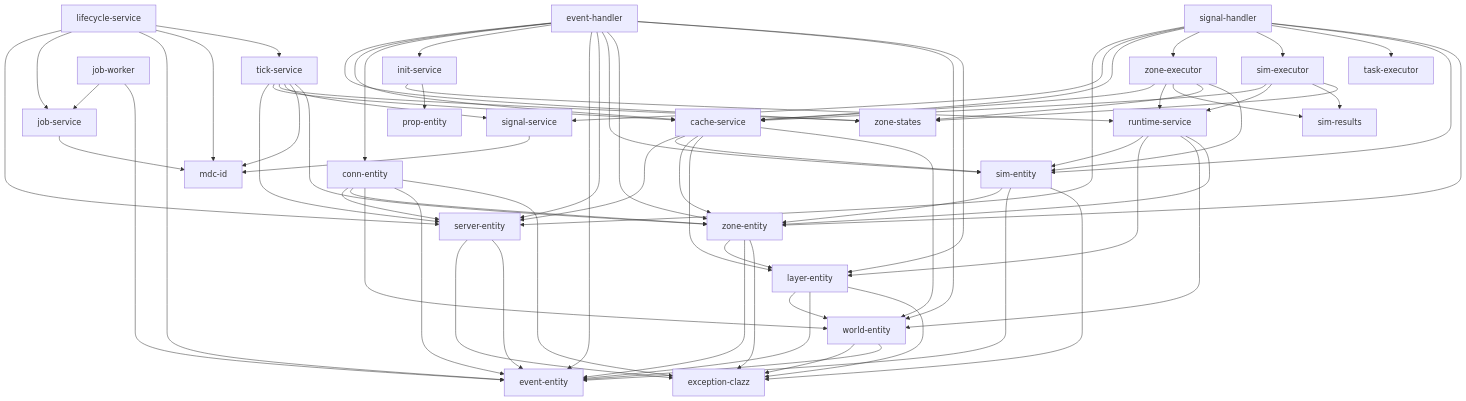
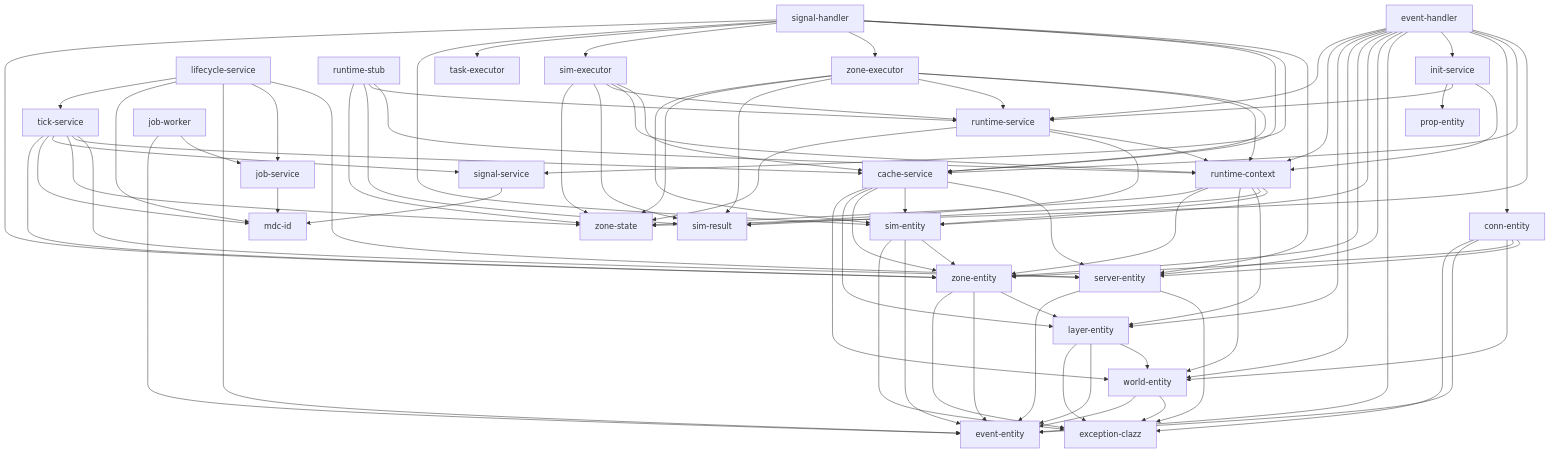
The diagram in MODULES.md (crionuke/omgcluster), drawn with Mermaid before and after one commit. The commit also changed 59 other files, not shown here.

Commit message:
Rename zone-states and sim-results modules to singular form (#46) (#46)

````diff
--- a/MODULES.md
+++ b/MODULES.md
@@ -1,6 +1,6 @@
 ```mermaid
 graph TD
-    event-handler --> zone-states
+    event-handler --> zone-state
     event-handler --> cache-service
     event-handler --> conn-entity
     event-handler --> init-service
@@ -10,6 +10,8 @@
     event-handler --> zone-entity
     event-handler --> world-entity
     event-handler --> layer-entity
+    event-handler --> runtime-context
+    event-handler --> runtime-service
 
     lifecycle-service --> server-entity
     lifecycle-service --> job-service
@@ -17,6 +19,7 @@
     lifecycle-service --> mdc-id
     lifecycle-service --> tick-service
 
+    init-service --> runtime-context
     init-service --> runtime-service
     init-service --> prop-entity
 
@@ -26,10 +29,21 @@
     cache-service --> layer-entity
     cache-service --> world-entity
 
-    runtime-service --> sim-entity
-    runtime-service --> layer-entity
-    runtime-service --> world-entity
-    runtime-service --> zone-entity
+    runtime-context --> sim-entity
+    runtime-context --> sim-result
+    runtime-context --> layer-entity
+    runtime-context --> world-entity
+    runtime-context --> zone-entity
+    runtime-context --> zone-state
+
+    runtime-service --> runtime-context
+    runtime-service --> sim-result
+    runtime-service --> zone-state
+
+    runtime-stub --> runtime-context
+    runtime-stub --> runtime-service
+    runtime-stub --> sim-result
+    runtime-stub --> zone-state
 
     conn-entity --> server-entity
     conn-entity --> zone-entity
@@ -61,14 +75,16 @@
     job-worker --> event-entity
 
     sim-executor --> cache-service
+    sim-executor --> runtime-context
     sim-executor --> runtime-service
-    sim-executor --> sim-results
-    sim-executor --> zone-states
+    sim-executor --> sim-result
+    sim-executor --> zone-state
 
     zone-executor --> cache-service
+    zone-executor --> runtime-context
     zone-executor --> runtime-service
-    zone-executor --> sim-results
-    zone-executor --> zone-states
+    zone-executor --> sim-result
+    zone-executor --> zone-state
     zone-executor --> sim-entity
 
     signal-handler --> server-entity
@@ -84,7 +100,7 @@
 
     tick-service --> server-entity
     tick-service --> cache-service
-    tick-service --> zone-states
+    tick-service --> zone-state
     tick-service --> signal-service
     tick-service --> mdc-id
     tick-service --> zone-entity
````
